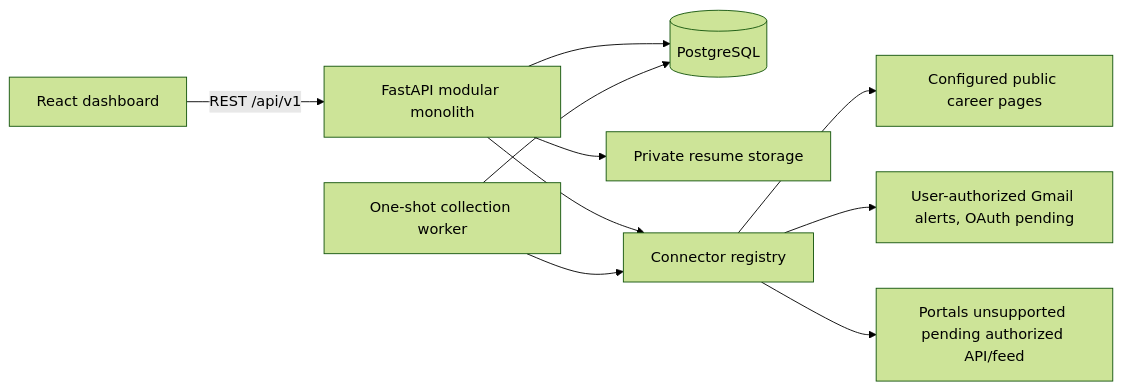
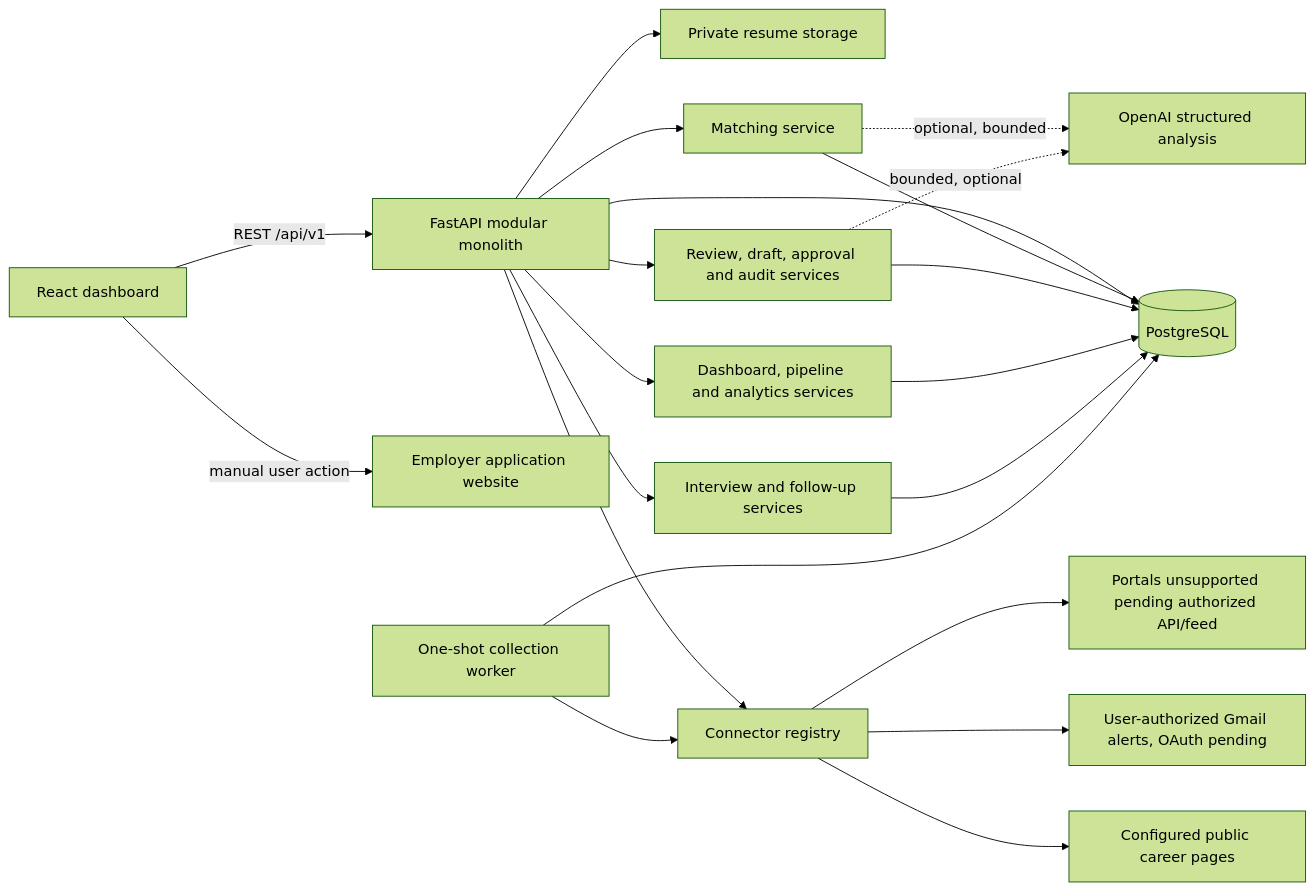
The diagram in docs/architecture.md (karthi-keyan67/job_hunting_AI_application), drawn with Mermaid (forest theme) before and after one commit. The commit also changed other lines of this file and 88 other files, not shown here.

````diff
--- a/docs/architecture.md
+++ b/docs/architecture.md
@@ -7,12 +7,23 @@
 ```mermaid
 flowchart LR
   Browser[React dashboard] -->|REST /api/v1| API[FastAPI modular monolith]
   API --> DB[(PostgreSQL)]
   API --> Storage[Private resume storage]
   API --> Registry[Connector registry]
+  API --> Matching[Matching service]
+  Matching --> DB
+  Matching -. optional, bounded .-> OpenAI[OpenAI structured analysis]
+  API --> Workflow[Review, draft, approval and audit services]
+  API --> Dashboard[Dashboard, pipeline and analytics services]
+  API --> Tracking[Interview and follow-up services]
+  Workflow -. bounded, optional .-> OpenAI
+  Workflow --> DB
+  Dashboard --> DB
+  Tracking --> DB
+  Browser -->|manual user action| Employer[Employer application website]
   Worker[One-shot collection worker] --> DB
   Worker --> Registry
   Registry --> Public[Configured public career pages]
   Registry --> Gmail[User-authorized Gmail alerts, OAuth pending]
   Registry --> Unsupported[Portals unsupported pending authorized API/feed]
 ```
````
